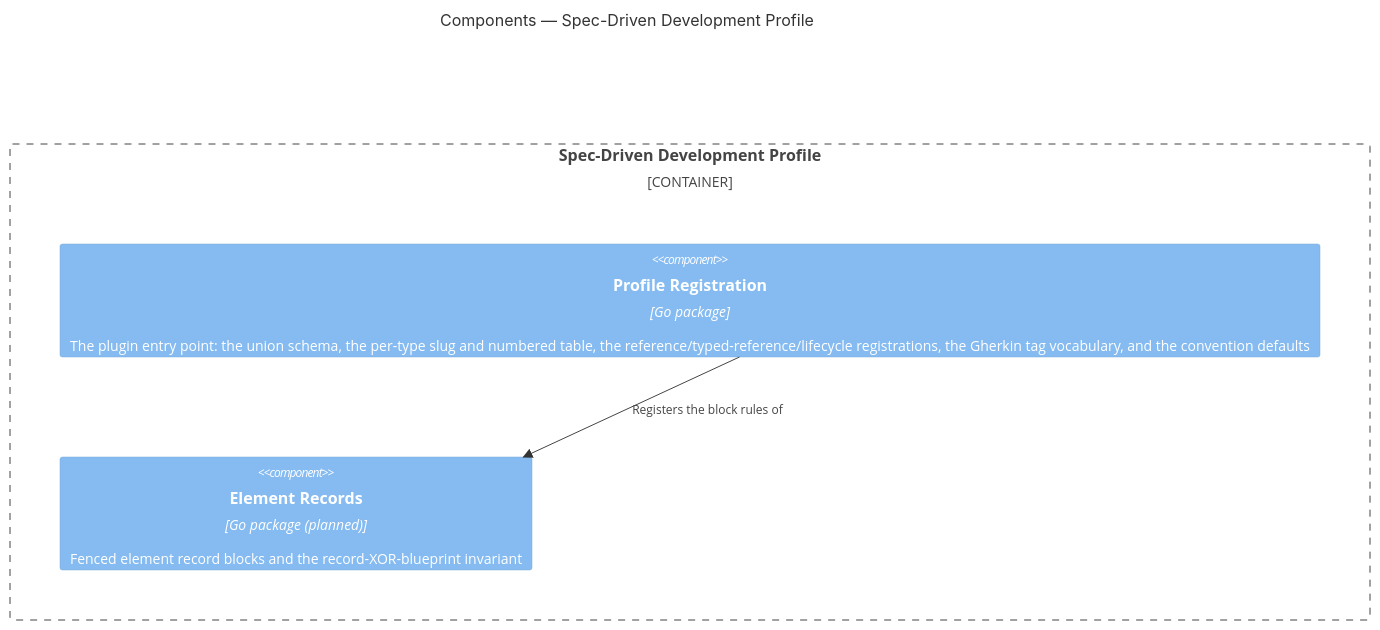
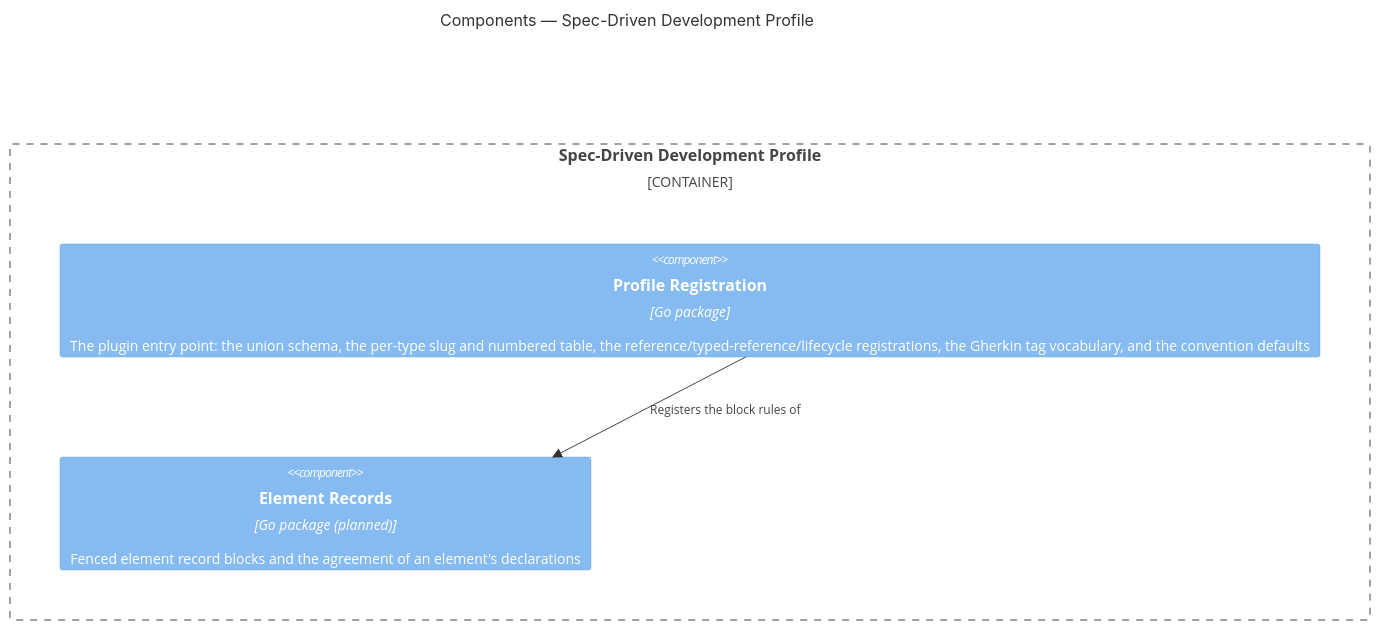
One commit to brettcallaghan/specs changed the diagram in specs/modules/spec-profile/spec-profile-module.md. Above: the diagram before and after it, drawn with Mermaid. The commit also changed other lines of this file and 122 other files, not shown here.

First line of the commit message:
C4 model and C4 diagram conformance: two FRDs, ADR-029, record-block and entity_name changes (#46)

````diff
--- a/specs/modules/spec-profile/spec-profile-module.md
+++ b/specs/modules/spec-profile/spec-profile-module.md
@@ -180,9 +178,9 @@
 ```mermaid
 C4Component
     title Components — Spec-Driven Development Profile
     Container_Boundary(profile, "Spec-Driven Development Profile") {
         Component(reg, "Profile Registration", "Go package", "The plugin entry point: the union schema, the per-type slug and numbered table, the reference/typed-reference/lifecycle registrations, the Gherkin tag vocabulary, and the convention defaults")
-        Component(records, "Element Records", "Go package (planned)", "Fenced element record blocks and the record-XOR-blueprint invariant")
+        Component(records, "Element Records", "Go package (planned)", "Fenced element record blocks and the agreement of an element's declarations")
     }
     Rel(reg, records, "Registers the block rules of")
 ```
````
